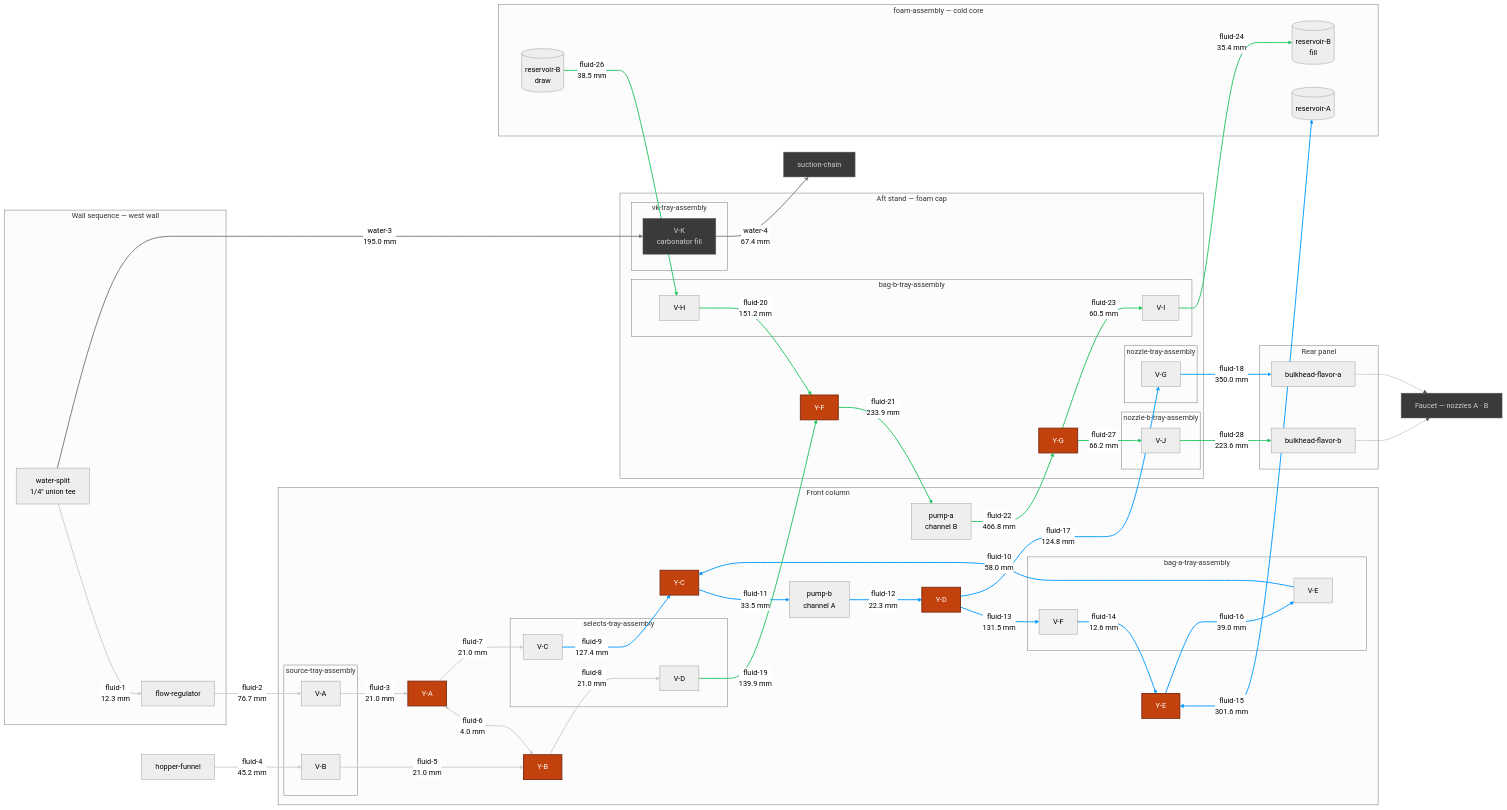
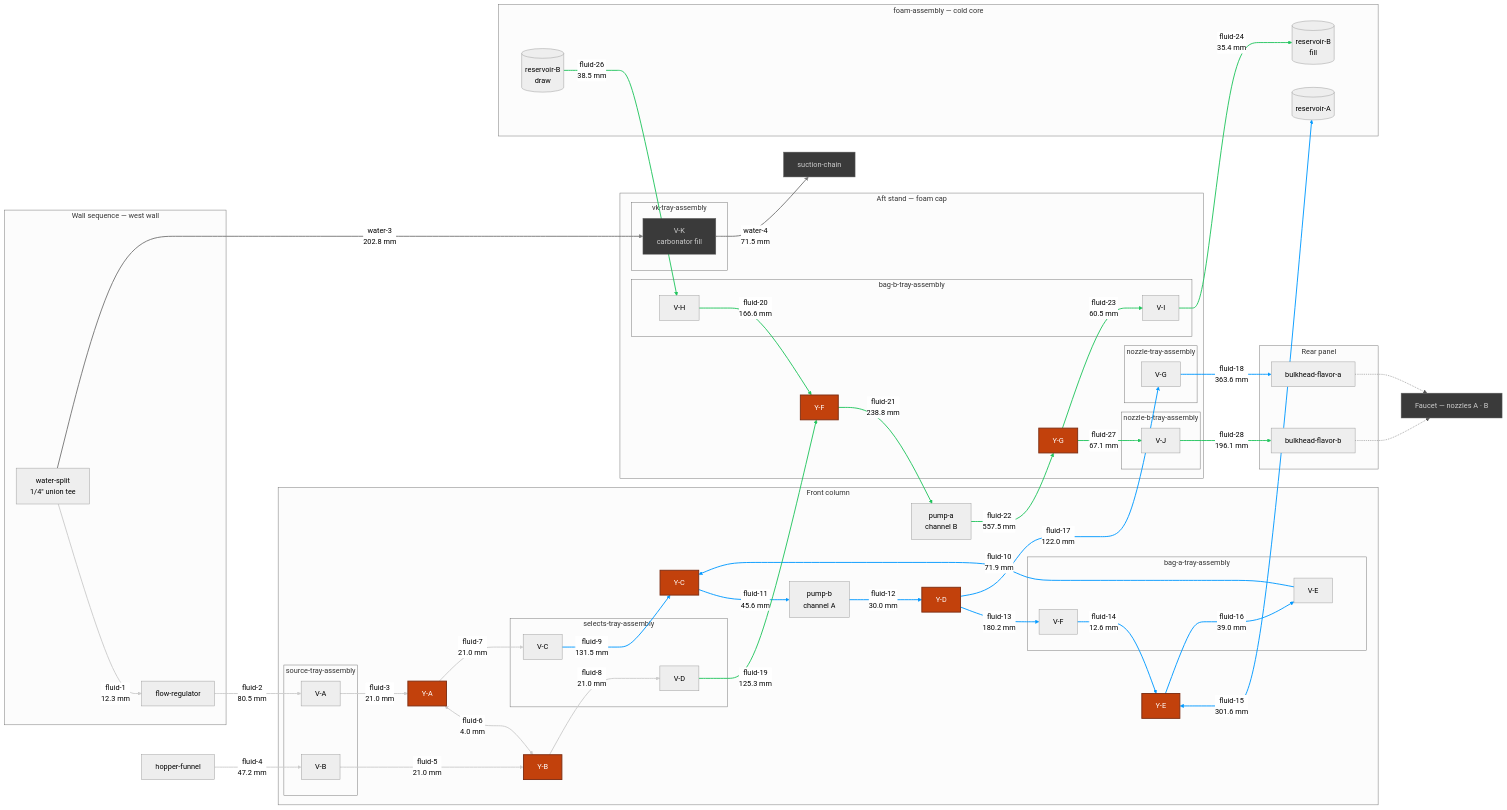
Before and after one commit to derekbreden/homesodamachine: the diagram in hardware/topology/fluid-topology-manifold.mmd, drawn with Mermaid (neutral theme). The commit also changed 10 other files, not shown here.

```diff
--- a/hardware/topology/fluid-topology-manifold.mmd
+++ b/hardware/topology/fluid-topology-manifold.mmd
@@ -10,9 +10,9 @@
   %% `_fluid_topology_sync.py` writes every number below and gates every edge against
   %% the built run — an edge whose two ends are not that run's two ends fails the gate.
 
-  %% The 27 flavor segments come to [2838.8 mm](FLUID_TOTAL) of 1/4" LLDPE, over
-  %% [66](FLUID_BENDS) bends. The longest is [fluid-22](LONGEST_ID) at
-  %% [466.8 mm](LONGEST_LEN); the shortest is [fluid-6](SHORTEST_ID) at
+  %% The 27 flavor segments come to [3011.6 mm](FLUID_TOTAL) of 1/4" LLDPE, over
+  %% [68](FLUID_BENDS) bends. The longest is [fluid-22](LONGEST_ID) at
+  %% [557.5 mm](LONGEST_LEN); the shortest is [fluid-6](SHORTEST_ID) at
   %% [4.0 mm](SHORTEST_LEN).
 
   %% The valves ride seven printed trays in two stands and the seven junctions hang on
@@ -132,9 +132,9 @@
   %% each Tee's run falls straight down one column and the two branches face each other
   %% across fluid-6, which puts all four ports on one hydraulic node.
   Split -->|"fluid-1<br/>12.3 mm"| Reg
-  Reg -->|"fluid-2<br/>76.7 mm"| VA
+  Reg -->|"fluid-2<br/>80.5 mm"| VA
   VA -->|"fluid-3<br/>21.0 mm"| YA
-  Hopper -->|"fluid-4<br/>45.2 mm"| VB
+  Hopper -->|"fluid-4<br/>47.2 mm"| VB
   VB -->|"fluid-5<br/>21.0 mm"| YB
   YA <-->|"fluid-6<br/>4.0 mm"| YB
   YA -->|"fluid-7<br/>21.0 mm"| VC
@@ -147,16 +147,16 @@
   %% is flat: Y-C's and Y-D's runs lie along the pump lane on the bag-A pair's own port
   %% plane and only their branches change level — fluid-9 falling a stack pitch in from
   %% the selects pair, fluid-17 climbing a storey and a half to the nozzle gate aloft.
-  VC -->|"fluid-9<br/>127.4 mm"| YC
-  VE -->|"fluid-10<br/>58.0 mm"| YC
-  YC -->|"fluid-11<br/>33.5 mm"| PB
-  PB -->|"fluid-12<br/>22.3 mm"| YD
-  YD -->|"fluid-13<br/>131.5 mm"| VF
+  VC -->|"fluid-9<br/>131.5 mm"| YC
+  VE -->|"fluid-10<br/>71.9 mm"| YC
+  YC -->|"fluid-11<br/>45.6 mm"| PB
+  PB -->|"fluid-12<br/>30.0 mm"| YD
+  YD -->|"fluid-13<br/>180.2 mm"| VF
   VF -->|"fluid-14<br/>12.6 mm"| YE
   YE <-->|"fluid-15<br/>301.6 mm"| ResA
   YE -->|"fluid-16<br/>39.0 mm"| VE
-  YD -->|"fluid-17<br/>124.8 mm"| VG
-  VG -->|"fluid-18<br/>350.0 mm"| BhA
+  YD -->|"fluid-17<br/>122.0 mm"| VG
+  VG -->|"fluid-18<br/>363.6 mm"| BhA
 
   %% =========================
   %% Channel B — fluid-19 … fluid-28
@@ -167,15 +167,15 @@
   %% over the electronics shelf and down the collet band, the outlet over the water deck
   %% and up the tray-east lane — so neither owes the other any separation. It is why the
   %% two longest flavor runs in the machine are this channel's.
-  VD -->|"fluid-19<br/>139.9 mm"| YF
-  VH -->|"fluid-20<br/>151.2 mm"| YF
-  YF -->|"fluid-21<br/>233.9 mm"| PA
-  PA -->|"fluid-22<br/>466.8 mm"| YG
+  VD -->|"fluid-19<br/>125.3 mm"| YF
+  VH -->|"fluid-20<br/>166.6 mm"| YF
+  YF -->|"fluid-21<br/>238.8 mm"| PA
+  PA -->|"fluid-22<br/>557.5 mm"| YG
   YG -->|"fluid-23<br/>60.5 mm"| VI
   VI -->|"fluid-24<br/>35.4 mm"| ResBFill
   ResB -->|"fluid-26<br/>38.5 mm"| VH
-  YG -->|"fluid-27<br/>66.2 mm"| VJ
-  VJ -->|"fluid-28<br/>223.6 mm"| BhB
+  YG -->|"fluid-27<br/>67.1 mm"| VJ
+  VJ -->|"fluid-28<br/>196.1 mm"| BhB
 
   %% =========================
   %% V-K's own two runs — the carbonator circuit, on this stand
@@ -183,8 +183,8 @@
   %% V-K gates the carbonator fill off the same split fluid-1 leaves. It stands on the
   %% aft stand's middle plate, and water-4 is what fluid-27 crosses over on its way out
   %% of the bay.
-  Split -->|"water-3<br/>195.0 mm"| VK
-  VK -->|"water-4<br/>67.4 mm"| SuctChain
+  Split -->|"water-3<br/>202.8 mm"| VK
+  VK -->|"water-4<br/>71.5 mm"| SuctChain
 
   %% =========================
   %% Beyond the box
```
